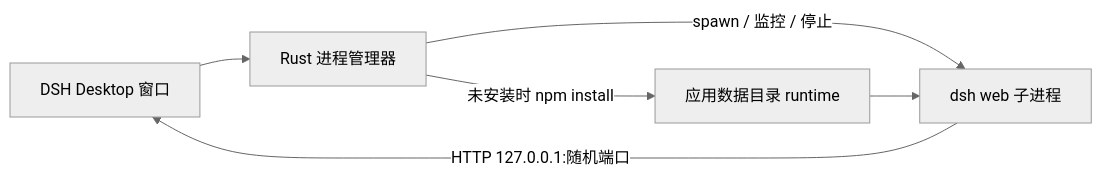
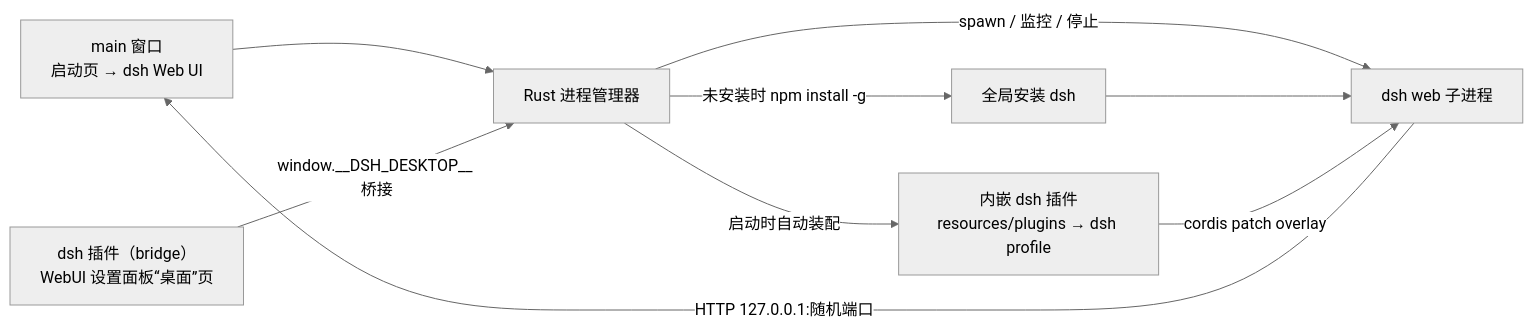
The diagram in README.md (NoelOrin/dsh-desktop), drawn with Mermaid (neutral theme) before and after one commit. The commit also changed other lines of this file and 291 other files, not shown here.

````diff
--- a/README.md
+++ b/README.md
@@ -28,8 +39,11 @@
 ```mermaid
 flowchart LR
-  A[DSH Desktop 窗口] --> B[Rust 进程管理器]
+  A[main 窗口<br/>启动页 → dsh Web UI] --> B[Rust 进程管理器]
   B -->|spawn / 监控 / 停止| C[dsh web 子进程]
   C -->|HTTP 127.0.0.1:随机端口| A
-  B -->|未安装时 npm install| D[应用数据目录 runtime]
+  B -->|未安装时 npm install -g| D[全局安装 dsh]
   D --> C
+  E[dsh 插件（bridge）<br/>WebUI 设置面板“桌面”页] -->|window.__DSH_DESKTOP__ 桥接| B
+  B -->|启动时自动装配| F[内嵌 dsh 插件<br/>resources/plugins → dsh profile]
+  F -->|cordis patch overlay| C
 ```
````
